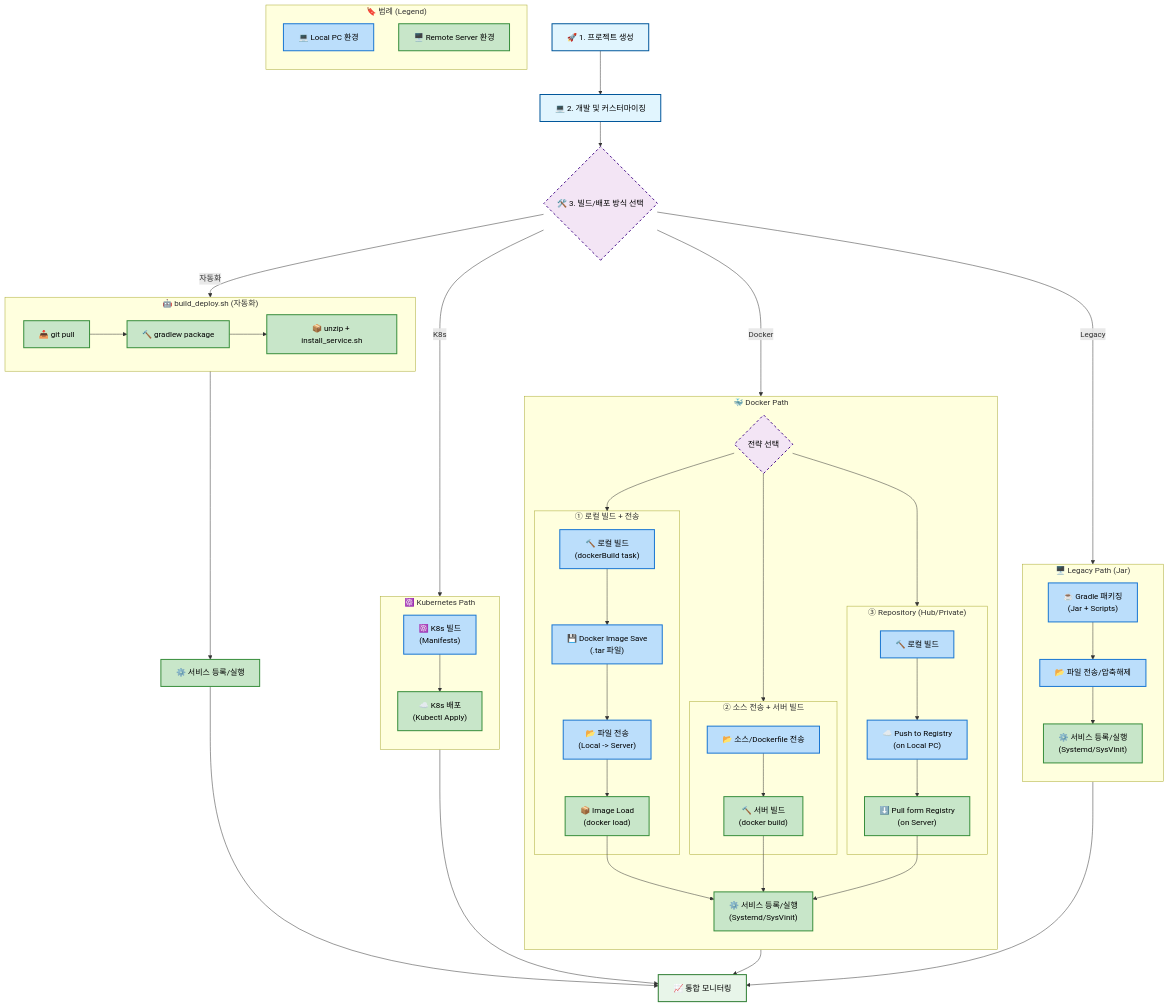
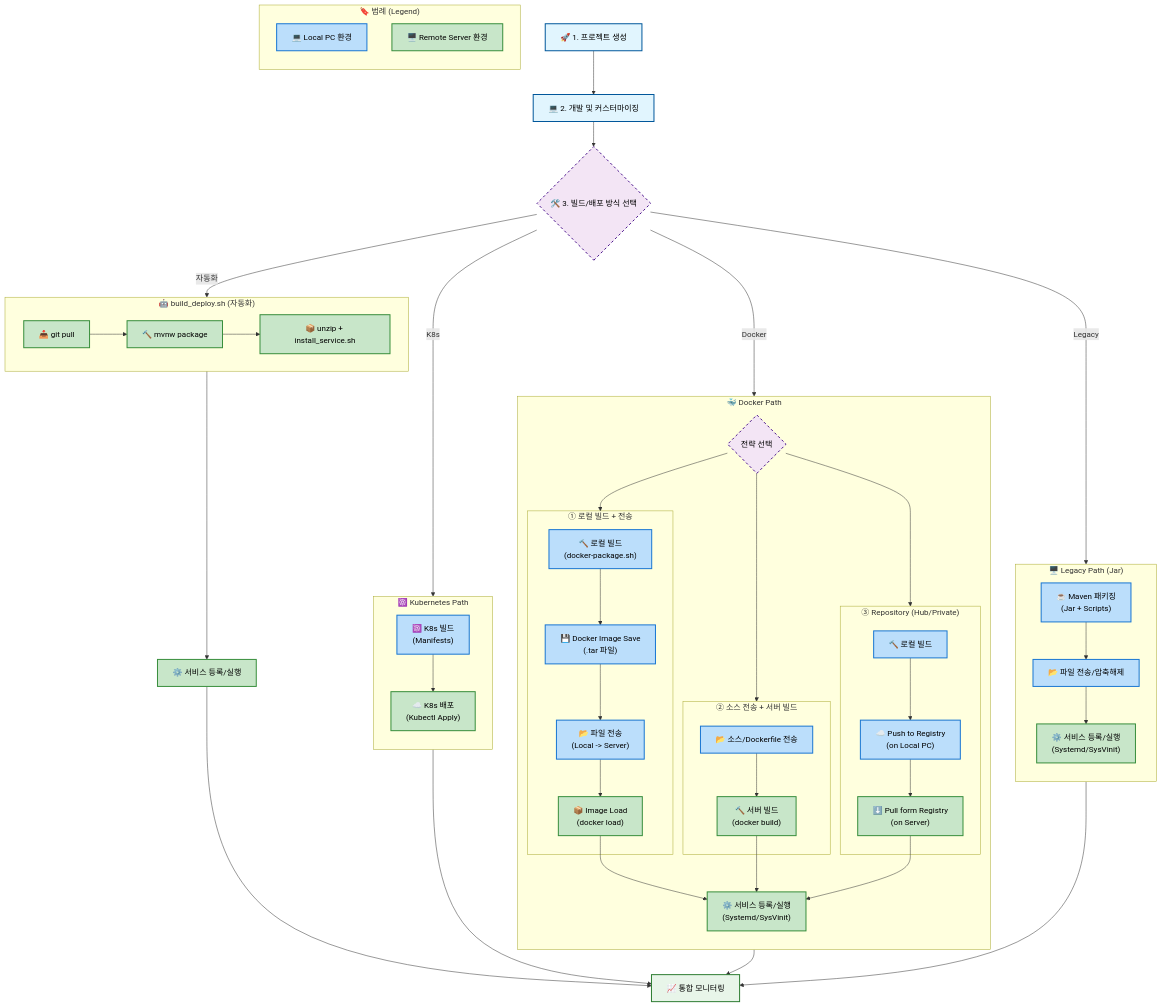
The first of 2 diagrams in README.md (MJ-Youn/build-template), drawn with Mermaid before and after one commit. The commit also changed other lines of this file and 53 other files, not shown here.

```diff
--- a/README.md
+++ b/README.md
@@ -343,7 +344,7 @@
     %% 자동화 스크립트 (build_deploy.sh)
     subgraph AutoScript ["🤖 build_deploy.sh (자동화)"]
         direction LR
-        AS1["📥 git pull"] --> AS2["🔨 gradlew package"]
+        AS1["📥 git pull"] --> AS2["🔨 mvnw package"]
         AS2 --> AS3["📦 unzip + install_service.sh"]
     end
 
@@ -353,7 +354,7 @@
     %% 서브그래프: Legacy
     subgraph Legacy ["🖥️ Legacy Path (Jar)"]
         direction TB
-        LegacyBuild["☕ Gradle 패키징<br/>(Jar + Scripts)"]
+        LegacyBuild["☕ Maven 패키징<br/>(Jar + Scripts)"]
         LegacyBuild --> LegacyTrans["📂 파일 전송/압축해제"]
         LegacyTrans --> LegacyDeploy["⚙️ 서비스 등록/실행<br/>(Systemd/SysVinit)"]
     end
@@ -365,7 +366,7 @@
 
         %% Strategy 1: Local Image
         subgraph DockerOpt1 ["① 로컬 빌드 + 전송"]
-            D1_Build["🔨 로컬 빌드<br/>(dockerBuild task)"]
+            D1_Build["🔨 로컬 빌드<br/>(docker-package.sh)"]
             D1_Save["💾 Docker Image Save<br/>(.tar 파일)"]
             D1_Trans["📂 파일 전송<br/>(Local -> Server)"]
             D1_Load["📦 Image Load<br/>(docker load)"]
```
